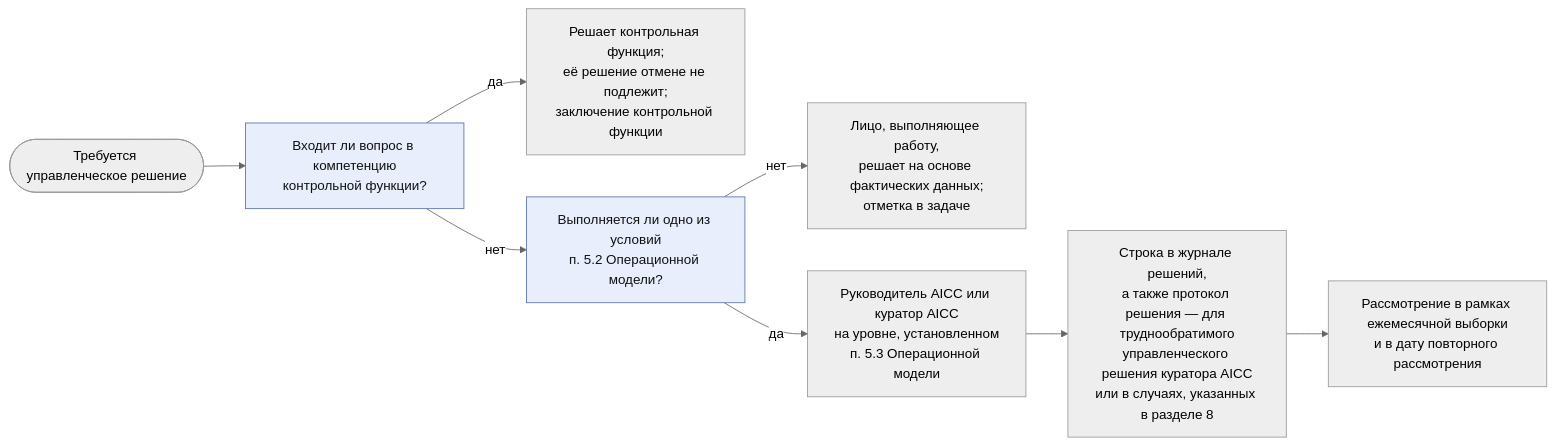
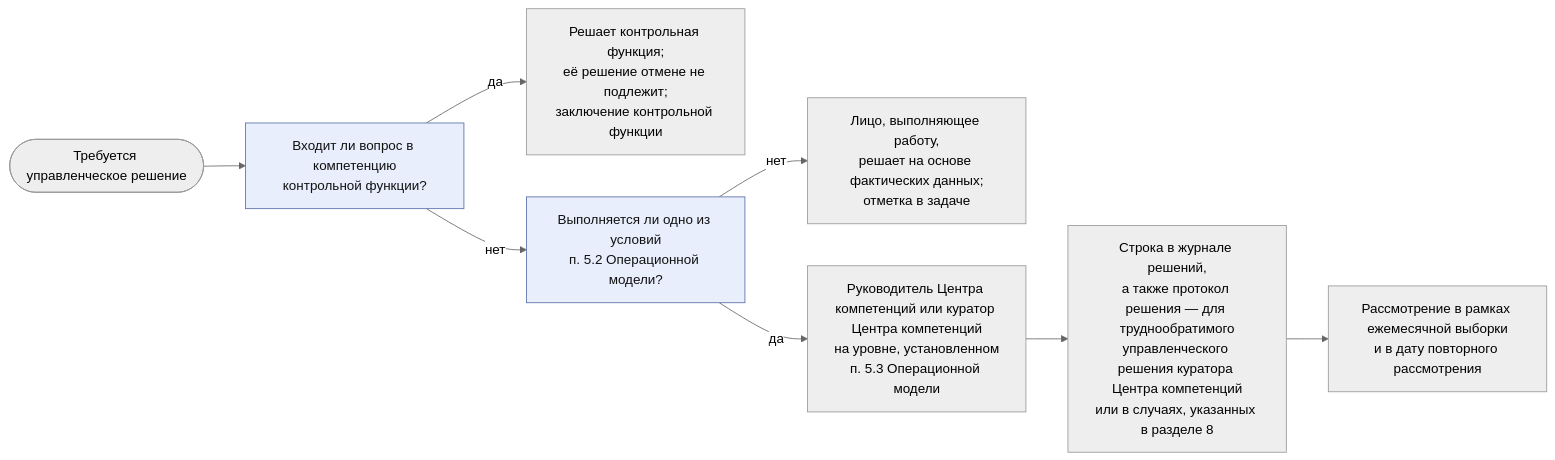
Before and after one commit to devhogu/ob-aicc: the third of 3 diagrams in charter/ru/guides/unit-governance-guide.md, drawn with Mermaid (neutral theme). The commit also changed other lines of this file and 1149 other files, not shown here.

````diff
--- a/charter/ru/guides/unit-governance-guide.md
+++ b/charter/ru/guides/unit-governance-guide.md
@@ -95,12 +95,12 @@
 ```mermaid
 flowchart LR
   DEC(["Требуется управленческое решение"]) --> Q1["Входит ли вопрос в компетенцию<br/>контрольной функции?"]
   Q1 -->|"да"| CFD["Решает контрольная функция;<br/>её решение отмене не подлежит;<br/>заключение контрольной функции"]
   Q1 -->|"нет"| Q2["Выполняется ли одно из условий<br/>п. 5.2 Операционной модели?"]
   Q2 -->|"нет"| TMD["Лицо, выполняющее работу,<br/>решает на основе фактических данных;<br/>отметка в задаче"]
-  Q2 -->|"да"| LV["Руководитель AICC или куратор AICC<br/>на уровне, установленном<br/>п. 5.3 Операционной модели"]
-  LV --> LOG["Строка в журнале решений,<br/>а также протокол решения — для труднообратимого<br/>управленческого решения куратора AICC<br/>или в случаях, указанных в разделе 8"]
+  Q2 -->|"да"| LV["Руководитель Центра компетенций или куратор Центра компетенций<br/>на уровне, установленном<br/>п. 5.3 Операционной модели"]
+  LV --> LOG["Строка в журнале решений,<br/>а также протокол решения — для труднообратимого<br/>управленческого решения куратора Центра компетенций<br/>или в случаях, указанных в разделе 8"]
   LOG --> REV["Рассмотрение в рамках ежемесячной выборки<br/>и в дату повторного рассмотрения"]
   classDef gate fill:#e8eefc,stroke:#5a6fa8,color:#111
   class Q1,Q2 gate
 ```
````
